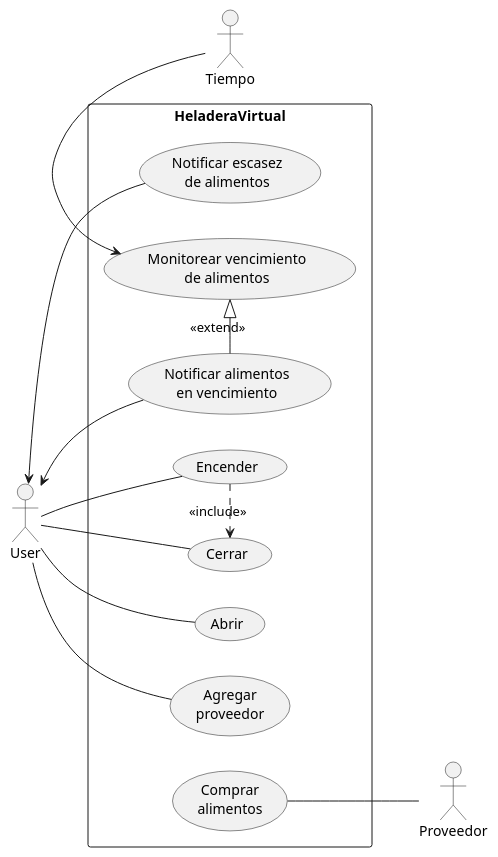
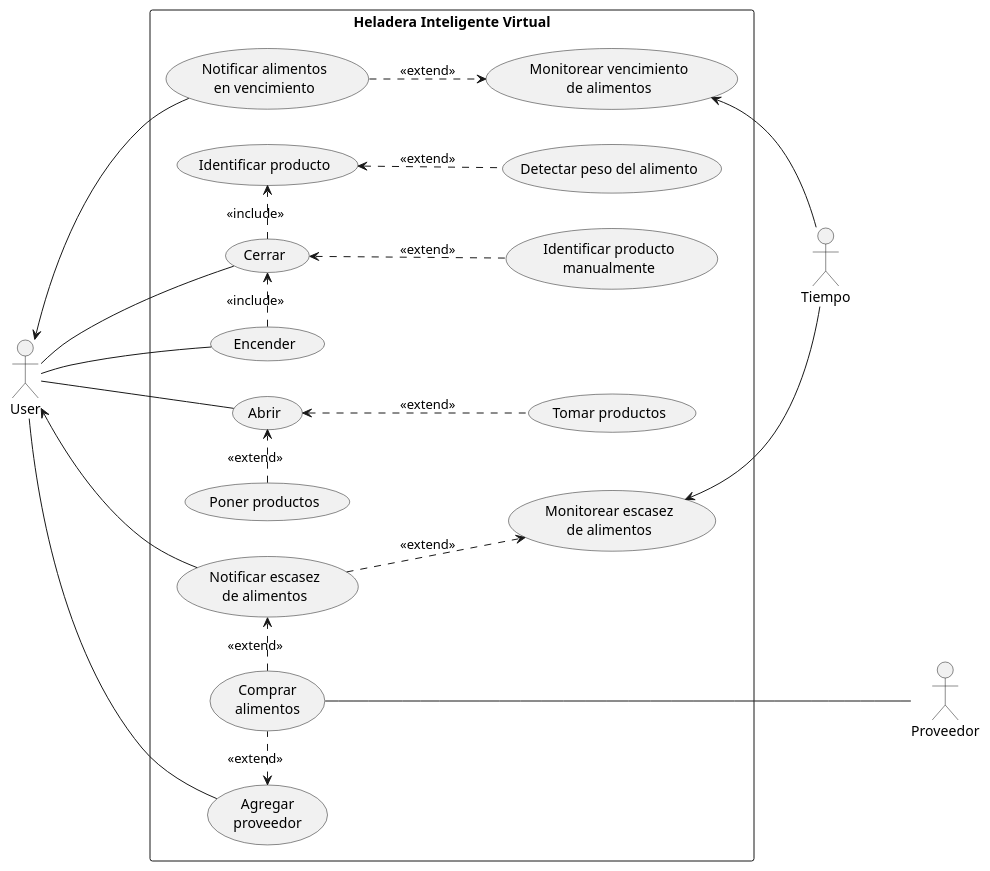
The diagram in src/site/resources/usecases.puml (mgardos/vsfridge), drawn with PlantUML before and after one commit.

Commit message:
Update use case diagram with most of use cases and proper plantUML layout.

```diff
--- a/src/site/resources/usecases.puml
+++ b/src/site/resources/usecases.puml
@@ -1,18 +1,27 @@
 @startuml
 left to right direction
-:User:
-:Tiempo:
-:Proveedor:
-rectangle HeladeraVirtual {
-    User -- (Abrir)
-    User -- (Cerrar)
+Actor User
+Actor Tiempo
+Actor Proveedor
+rectangle "Heladera Inteligente Virtual" {
+    User --- (Abrir)
+    User --- (Cerrar)
     User -- (Encender)
+    User <- (Notificar alimentos\nen vencimiento)
+    (Cerrar) <.. (Identificar producto\nmanualmente) : <<extend>>
+    (Cerrar) .> (Identificar producto) : <<include>>
+    (Encender) .> (Cerrar) : <<include>>
+    (Identificar producto) <.. (Detectar peso del alimento) : <<extend >>
+    (Poner productos) .> (Abrir) : <<extend>>
+    (Abrir) <.. (Tomar productos) : <<extend>>
+    (Comprar\nalimentos) ---- Proveedor
     User <- (Notificar escasez\nde alimentos)
-    User -- (Agregar\nproveedor)
-    User <- (Notificar alimentos\nen vencimiento)
-    (Encender) .> (Cerrar) : <<include>>
-    (Monitorear vencimiento\nde alimentos) <- Tiempo
-    (Notificar alimentos\nen vencimiento) -|> (Monitorear vencimiento\nde alimentos) : <<extend>>
-    (Comprar\nalimentos) -- Proveedor
+    (Notificar escasez\nde alimentos) ..> (Monitorear escasez\nde alimentos) : <<extend>>
+    (Comprar\nalimentos) .> (Notificar escasez\nde alimentos) : <<extend>>
+    User --- (Agregar\nproveedor)
+    (Agregar\nproveedor) <. (Comprar\nalimentos) : <<extend>>
+    (Monitorear vencimiento\nde alimentos) <-- Tiempo
+    (Notificar alimentos\nen vencimiento) ..> (Monitorear vencimiento\nde alimentos) : <<extend>>
+    (Monitorear escasez\nde alimentos) <-- Tiempo
 }
 @enduml
```
